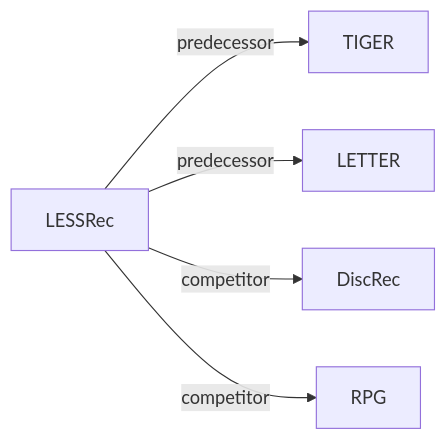
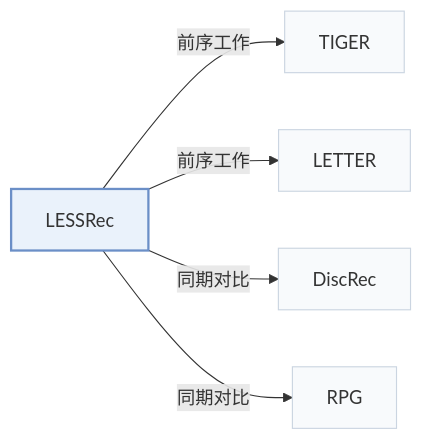
One commit to Galaxy-ghost/Awesome-SID-Generative-Rec changed the second of 2 diagrams in pages/zh/papers/lessrec.md. Above: the diagram before and after it, drawn with Mermaid. The commit also changed other lines of this file and 649 other files, not shown here.

Commit message:
writer-05: also tags and modality index (schema, check, build, visuals); summary field removed; calibration data for 12 papers

````diff
--- a/pages/zh/papers/lessrec.md
+++ b/pages/zh/papers/lessrec.md
@@ -70,8 +74,12 @@
 ```mermaid
 flowchart LR
     P["LESSRec"]
-    P -->|predecessor| A["TIGER"]
-    P -->|predecessor| B["LETTER"]
-    P -->|competitor| C["DiscRec"]
-    P -->|competitor| D["RPG"]
+    P -->|"前序工作"| A["TIGER"]
+    P -->|"前序工作"| B["LETTER"]
+    P -->|"同期对比"| C["DiscRec"]
+    P -->|"同期对比"| D["RPG"]
+    classDef main fill:#eaf2fb,stroke:#6b8fc7,stroke-width:2px
+    classDef peer fill:#f8fafc,stroke:#cbd5e1
+    class P main
+    class A,B,C,D peer
 ```
````
